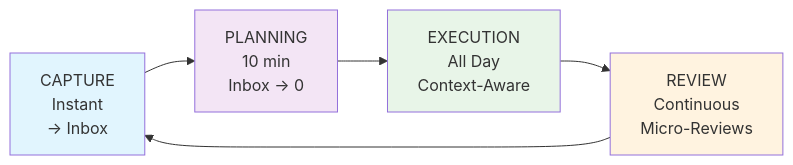
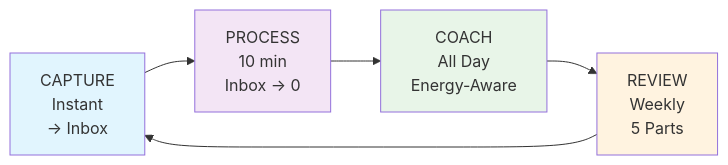
The second of 3 diagrams in README.md (realYushi/my-gtd-buddy), drawn with Mermaid before and after one commit. The commit also changed other lines of this file and 20 other files, not shown here.

Commit message:
Migrate to Claude Code skill architecture

````diff
--- a/README.md
+++ b/README.md
@@ -102,22 +118,22 @@
 ```mermaid
 graph LR
     CAPTURE[CAPTURE<br/>Instant<br/>→ Inbox]
-    PLANNING[PLANNING<br/>10 min<br/>Inbox → 0]
-    EXECUTION[EXECUTION<br/>All Day<br/>Context-Aware]
-    REVIEW[REVIEW<br/>Continuous<br/>Micro-Reviews]
+    PROCESS[PROCESS<br/>10 min<br/>Inbox → 0]
+    COACH[COACH<br/>All Day<br/>Energy-Aware]
+    REVIEW[REVIEW<br/>Weekly<br/>5 Parts]
 
-    CAPTURE --> PLANNING
-    PLANNING --> EXECUTION
-    EXECUTION --> REVIEW
+    CAPTURE --> PROCESS
+    PROCESS --> COACH
+    COACH --> REVIEW
     REVIEW --> CAPTURE
 
     classDef capture fill:#e1f5fe
-    classDef planning fill:#f3e5f5
-    classDef execution fill:#e8f5e8
+    classDef process fill:#f3e5f5
+    classDef coach fill:#e8f5e8
     classDef review fill:#fff3e0
 
     class CAPTURE capture
-    class PLANNING planning
-    class EXECUTION execution
+    class PROCESS process
+    class COACH coach
     class REVIEW review
 ```
````
